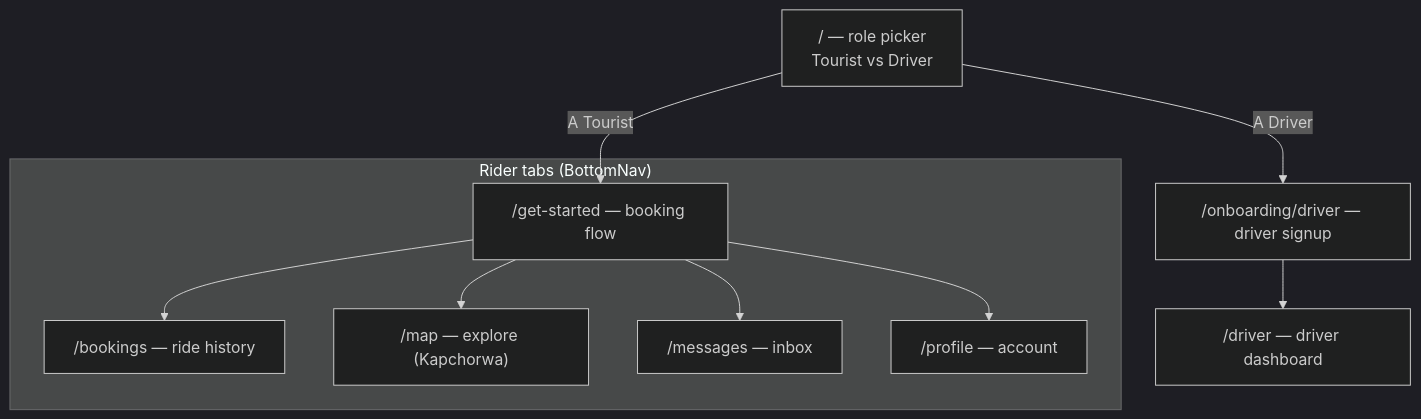
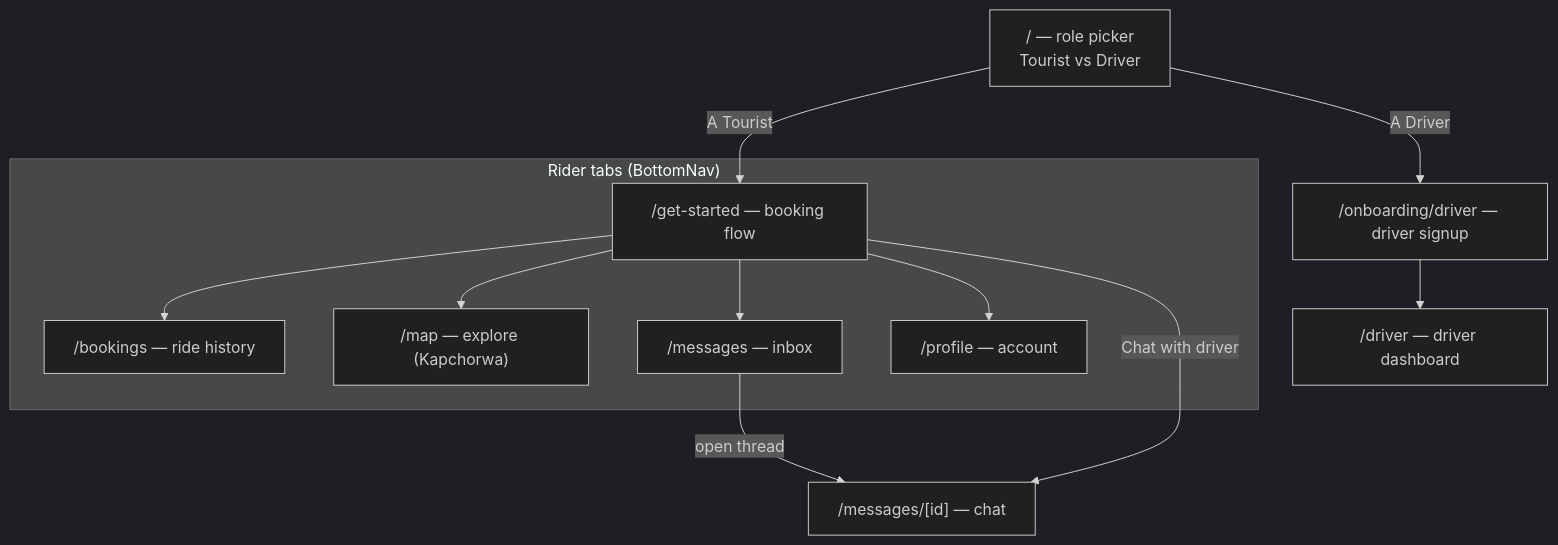
The second of 7 diagrams in docs/frontend.md (IVYIMOH/My_rider), drawn with Mermaid (dark theme) before and after one commit. The commit also changed other lines of this file and 4 other files, not shown here.

Commit message:
docs: update architecture and per-system docs to current state

````diff
--- a/docs/frontend.md
+++ b/docs/frontend.md
@@ -27,20 +27,22 @@
 ```mermaid
 flowchart TD
     HOME["/  — role picker<br/>Tourist vs Driver"]
     HOME -->|A Tourist| GS["/get-started — booking flow"]
     HOME -->|A Driver| OND["/onboarding/driver — driver signup"]
 
     subgraph "Rider tabs (BottomNav)"
         GS
         B["/bookings — ride history"]
         M["/map — explore (Kapchorwa)"]
         MSG["/messages — inbox"]
         P["/profile — account"]
     end
 
     OND --> DRV["/driver — driver dashboard"]
     GS --> B
     GS --> M
     GS --> MSG
     GS --> P
+    MSG -->|open thread| THR["/messages/[id] — chat"]
+    GS -->|Chat with driver| THR
 ```
````
